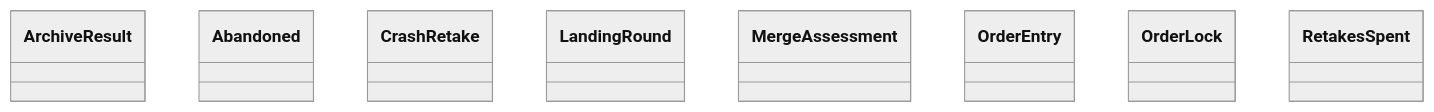
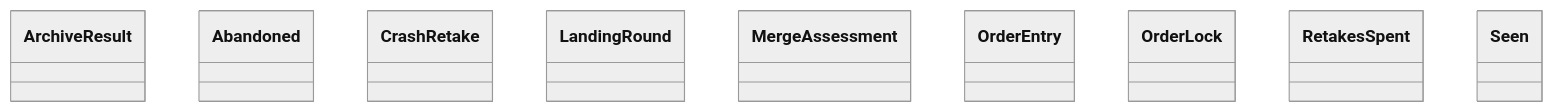
One commit to GonzaloZevallos/agentic-system changed the diagram in docs/architecture/generated/classes-process-application-lifecycle-1.md. Above: the diagram before and after it, drawn with Mermaid (neutral theme). The commit also changed 16 other files, not shown here.

````diff
--- a/docs/architecture/generated/classes-process-application-lifecycle-1.md
+++ b/docs/architecture/generated/classes-process-application-lifecycle-1.md
@@ -18,11 +18,12 @@
 ```mermaid
 classDiagram
     class archive__ArchiveResult["ArchiveResult"]
     class poll__Abandoned["Abandoned"]
     class poll__CrashRetake["CrashRetake"]
     class poll__LandingRound["LandingRound"]
     class poll__MergeAssessment["MergeAssessment"]
     class poll__OrderEntry["OrderEntry"]
     class poll__OrderLock["OrderLock"]
     class poll__RetakesSpent["RetakesSpent"]
+    class poll__Seen["Seen"]
 ```
````
